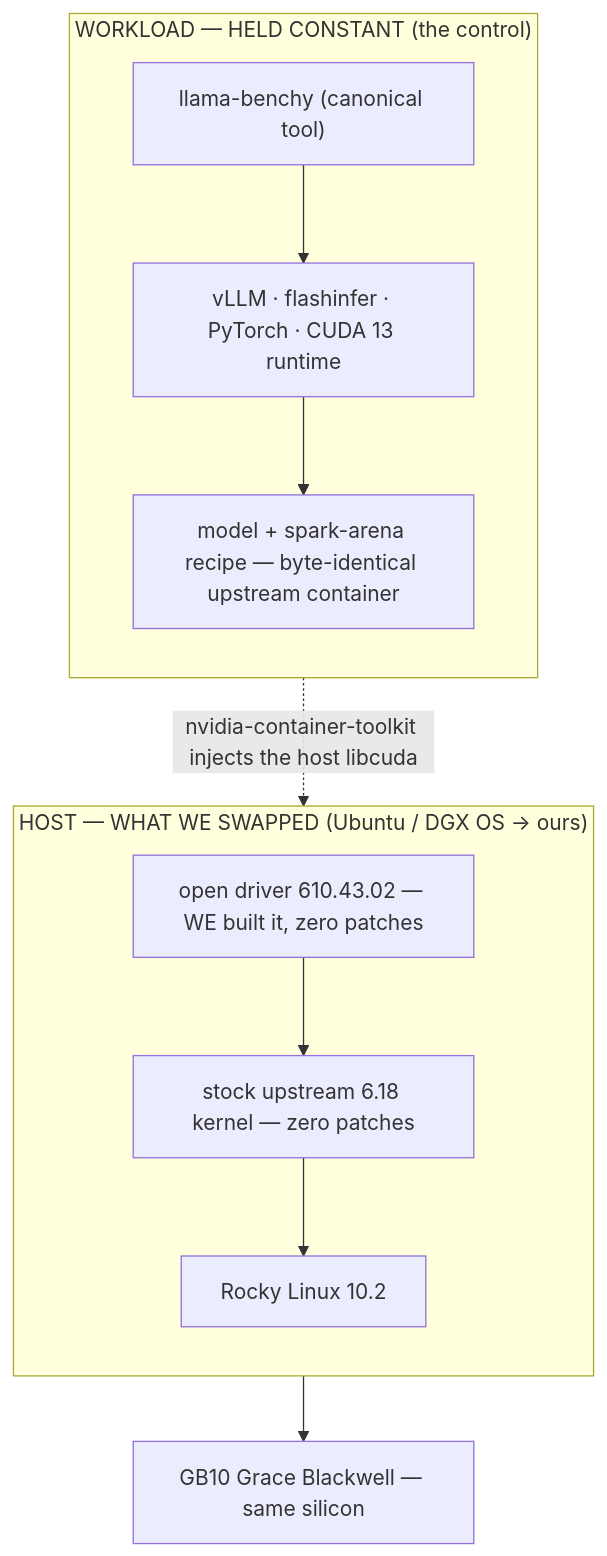
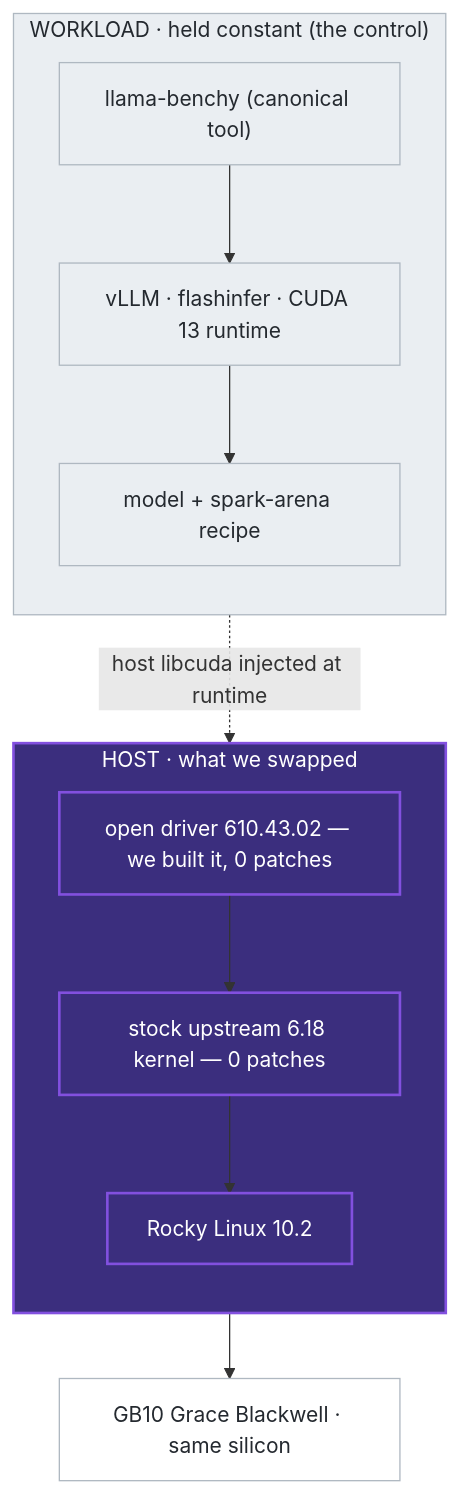
The diagram in PROOF.md (maxspevack/spark-rocky), drawn with Mermaid before and after one commit. The commit also changed other lines of this file, not shown here.

````diff
--- a/PROOF.md
+++ b/PROOF.md
@@ -42,13 +17,19 @@
 ```mermaid
 flowchart TB
-  subgraph C["WORKLOAD — HELD CONSTANT (the control)"]
+  subgraph C["WORKLOAD · held constant (the control)"]
     direction TB
-    b["llama-benchy (canonical tool)"] --> v["vLLM · flashinfer · PyTorch · CUDA 13 runtime"] --> m["model + spark-arena recipe — byte-identical upstream container"]
+    b["llama-benchy (canonical tool)"] --> v["vLLM · flashinfer · CUDA 13 runtime"] --> m["model + spark-arena recipe"]
   end
-  C -. "nvidia-container-toolkit injects the host libcuda" .-> H
-  subgraph H["HOST — WHAT WE SWAPPED (Ubuntu / DGX OS &rarr; ours)"]
+  C -. "host libcuda injected at runtime" .-> H
+  subgraph H["HOST · what we swapped"]
     direction TB
-    d["open driver 610.43.02 — WE built it, zero patches"] --> k["stock upstream 6.18 kernel — zero patches"] --> o["Rocky Linux 10.2"]
+    d["open driver 610.43.02 — we built it, 0 patches"] --> k["stock upstream 6.18 kernel — 0 patches"] --> o["Rocky Linux 10.2"]
   end
-  H --> g["GB10 Grace Blackwell — same silicon"]
+  H --> g["GB10 Grace Blackwell · same silicon"]
+  classDef ctrl fill:#eaeef2,stroke:#afb8c1,stroke-width:1px,color:#24292f;
+  classDef host fill:#3b2e7e,stroke:#8250df,stroke-width:2px,color:#ffffff;
+  classDef hw fill:#ffffff,stroke:#afb8c1,stroke-width:1px,color:#24292f;
+  class b,v,m,C ctrl;
+  class d,k,o,H host;
+  class g hw;
 ```
````
